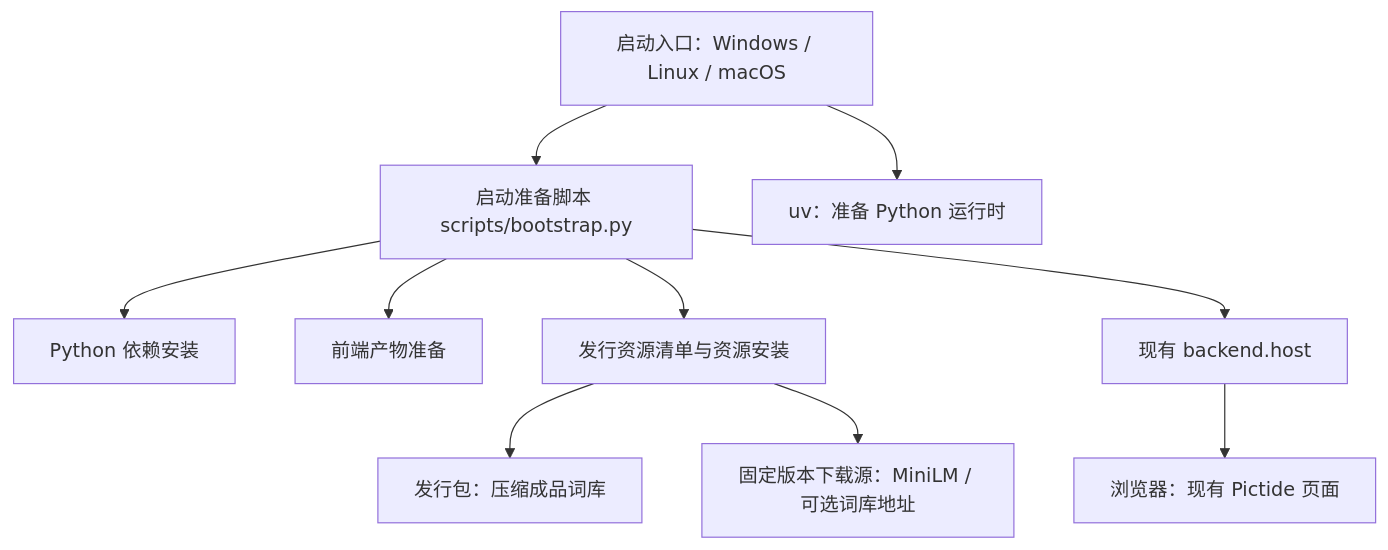
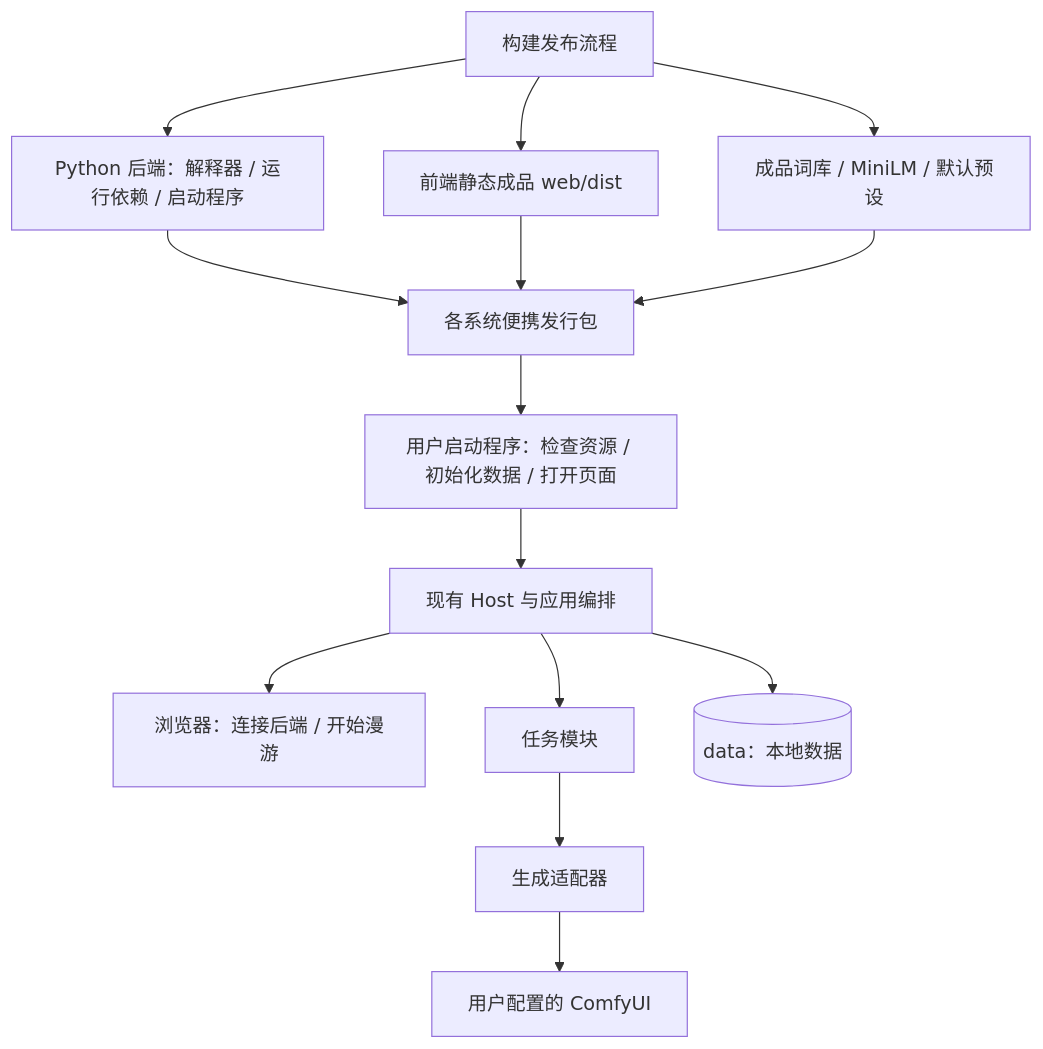
One commit to Lykr/pictide changed the first of 2 diagrams in docs/issues/automatic-startup.md. Above: the diagram before and after it, drawn with Mermaid. The commit also changed other lines of this file and 4 other files, not shown here.

````diff
--- a/docs/issues/automatic-startup.md
+++ b/docs/issues/automatic-startup.md
@@ -9,12 +11,16 @@
 ```mermaid
 flowchart TD
-    Entry["启动入口：Windows / Linux / macOS"] --> Prepare["启动准备脚本 scripts/bootstrap.py"]
-    Entry --> Runtime["uv：准备 Python 运行时"]
-    Prepare --> Packages["Python 依赖安装"]
-    Prepare --> Frontend["前端产物准备"]
-    Prepare --> Assets["发行资源清单与资源安装"]
-    Assets --> Bundle["发行包：压缩成品词库"]
-    Assets --> Remote["固定版本下载源：MiniLM / 可选词库地址"]
-    Prepare --> Host["现有 backend.host"]
-    Host --> Browser["浏览器：现有 Pictide 页面"]
+    Build["构建发布流程"] --> Python["Python 后端：解释器 / 运行依赖 / 启动程序"]
+    Build --> Web["前端静态成品 web/dist"]
+    Build --> Assets["成品词库 / MiniLM / 默认预设"]
+    Python --> Package["各系统便携发行包"]
+    Web --> Package
+    Assets --> Package
+    Package --> Start["用户启动程序：检查资源 / 初始化数据 / 打开页面"]
+    Start --> Host["现有 Host 与应用编排"]
+    Host --> UI["浏览器：连接后端 / 开始漫游"]
+    Host --> Task["任务模块"]
+    Task --> Generation["生成适配器"]
+    Generation --> Comfy["用户配置的 ComfyUI"]
+    Host --> Data[("data：本地数据")]
 ```
````
